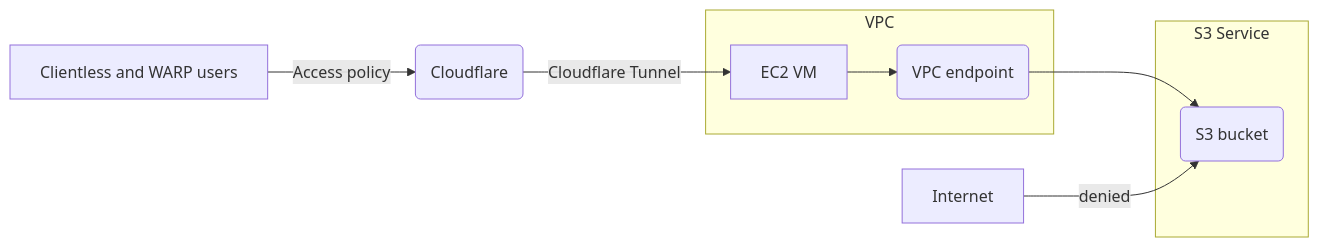
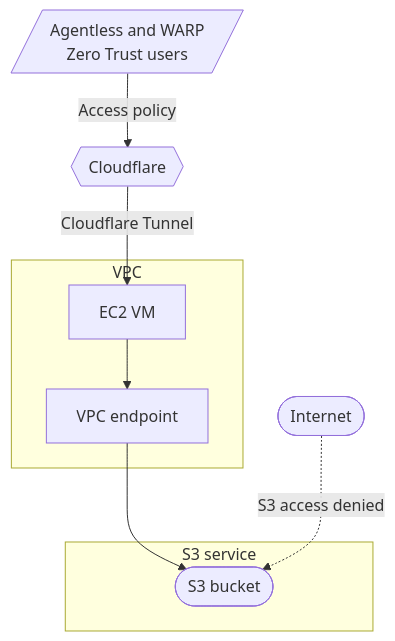
The first of 2 diagrams in content/cloudflare-one/tutorials/s3-buckets.md (cloudflare/cloudflare-docs), drawn with Mermaid before and after one commit. The commit also changed other lines of this file, not shown here.

Commit message:
Improve flowcharts

````diff
--- a/content/cloudflare-one/tutorials/s3-buckets.md
+++ b/content/cloudflare-one/tutorials/s3-buckets.md
@@ -15,16 +15,16 @@
 ```mermaid
-flowchart LR
-    cf1[Clientless and WARP users]--Access policy-->cf2(Cloudflare)
+flowchart TB
+    cf1[/Agentless and WARP </br>Zero Trust users/]--Access policy-->cf2{{Cloudflare}}
     cf2--Cloudflare Tunnel-->vpc1
     
     subgraph VPC
-    vpc1[EC2 VM]-->vpc2(VPC endpoint)
+    vpc1[EC2 VM]-->vpc2[VPC endpoint]
     end
     vpc2-->s3_1
 
-    subgraph S3 Service
-    s3_1(S3 bucket)
+    subgraph S3 service
+    s3_1([S3 bucket])
     end
 
-    Internet--denied-->s3_1
+    i1([Internet])-. "S3 access denied" .->s3_1
 ```
````
